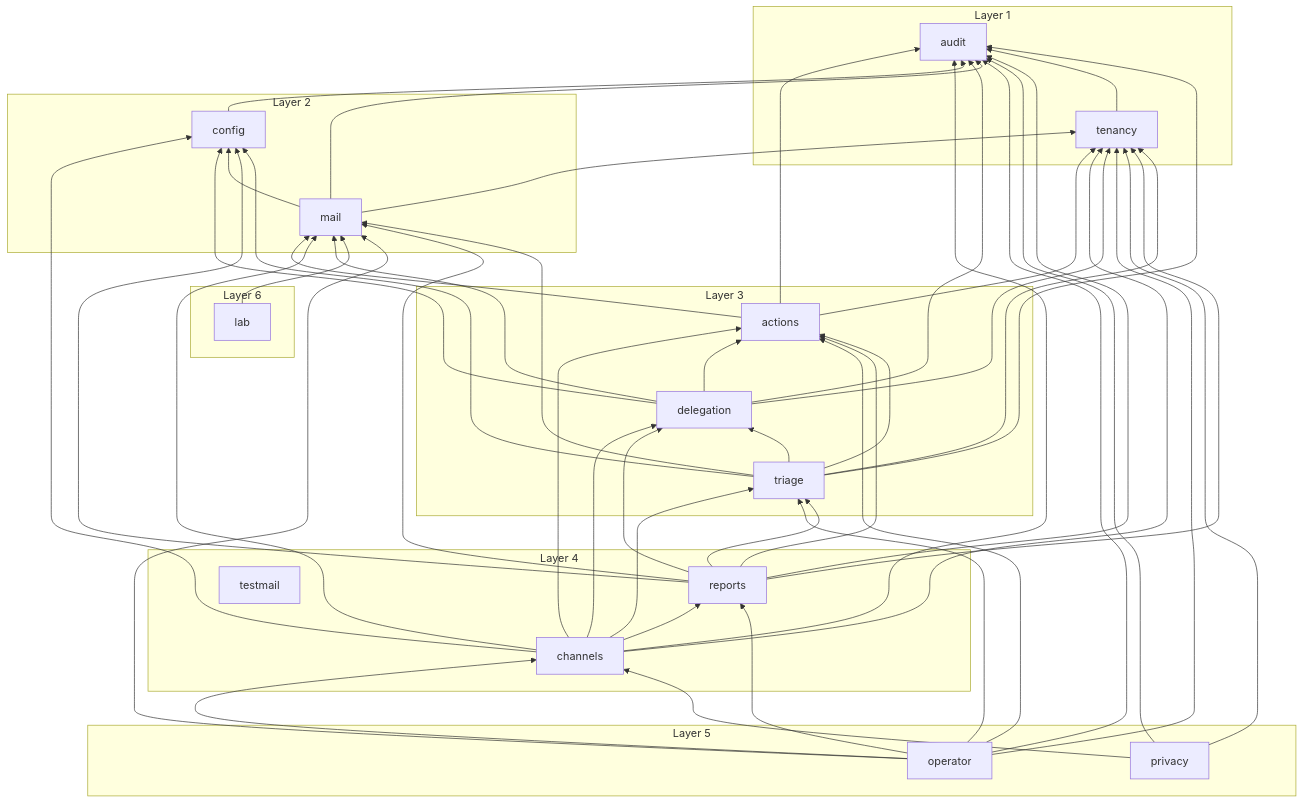
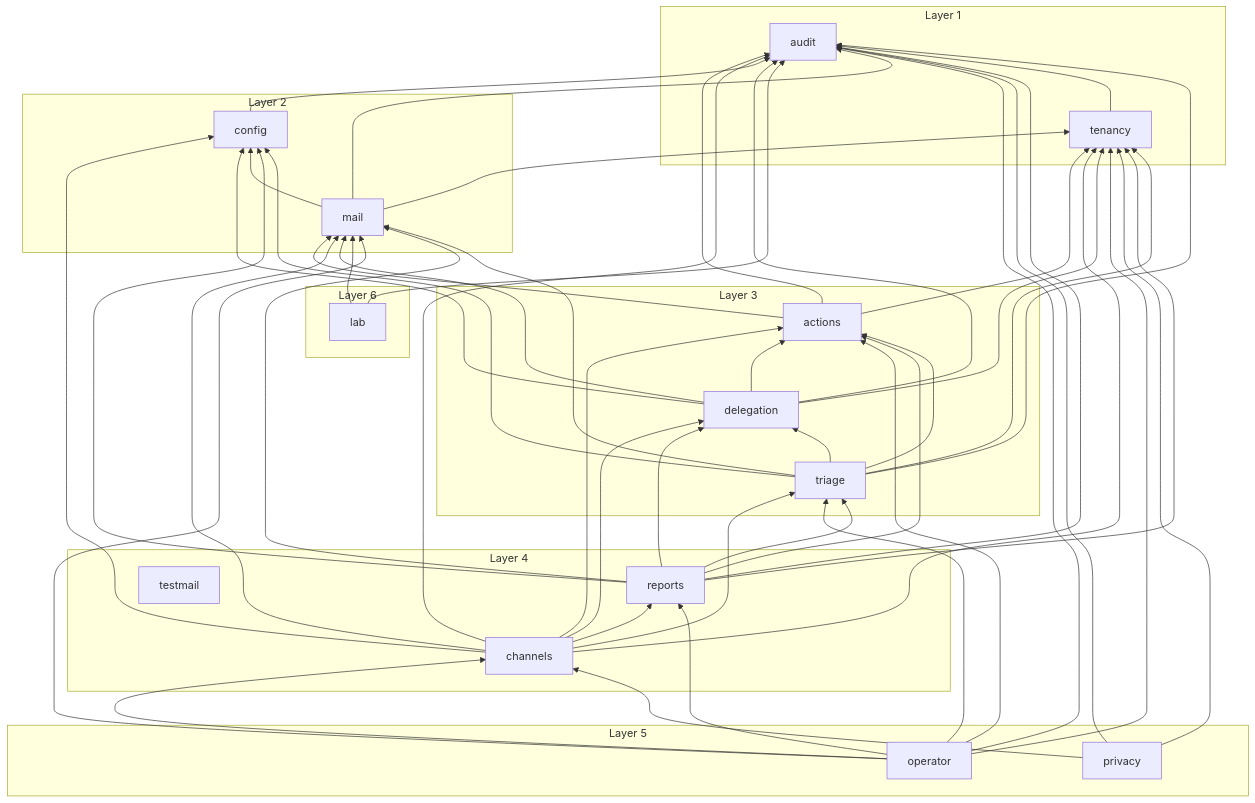
One commit to Artexs/email_assistant changed the diagram in docs/diagrams/module-graph.md. Above: the diagram before and after it, drawn with Mermaid. The commit also changed 14 other files, not shown here.

````diff
--- a/docs/diagrams/module-graph.md
+++ b/docs/diagrams/module-graph.md
@@ -7,73 +7,74 @@
 ```mermaid
 flowchart BT
   subgraph group1["Layer 1"]
     audit
     tenancy
   end
   subgraph group2["Layer 2"]
     config
     mail
   end
   subgraph group3["Layer 3"]
     triage
     actions
     delegation
   end
   subgraph group4["Layer 4"]
     reports
     channels
     testmail
   end
   subgraph group5["Layer 5"]
     operator
     privacy
   end
   subgraph group6["Layer 6"]
     lab
   end
   actions --> audit
   actions --> mail
   actions --> tenancy
   channels --> actions
   channels --> audit
   channels --> config
   channels --> delegation
   channels --> mail
   channels --> reports
   channels --> tenancy
   channels --> triage
   config --> audit
   delegation --> actions
   delegation --> audit
   delegation --> config
   delegation --> mail
   delegation --> tenancy
+  lab --> audit
   lab --> mail
   mail --> audit
   mail --> config
   mail --> tenancy
   operator --> actions
   operator --> audit
   operator --> channels
   operator --> mail
   operator --> reports
   operator --> tenancy
   operator --> triage
   privacy --> audit
   privacy --> channels
   privacy --> tenancy
   reports --> actions
   reports --> audit
   reports --> config
   reports --> delegation
   reports --> mail
   reports --> tenancy
   reports --> triage
   tenancy --> audit
   triage --> actions
   triage --> audit
   triage --> config
   triage --> delegation
   triage --> mail
   triage --> tenancy
 ```
````
